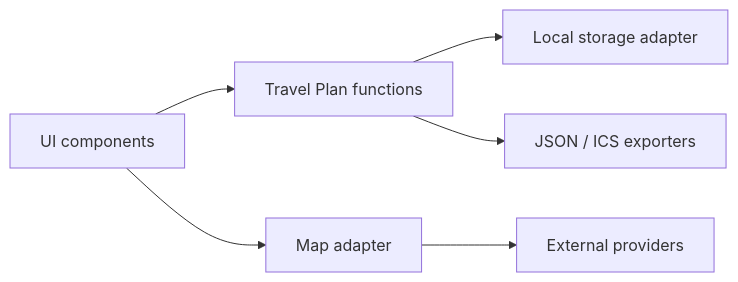
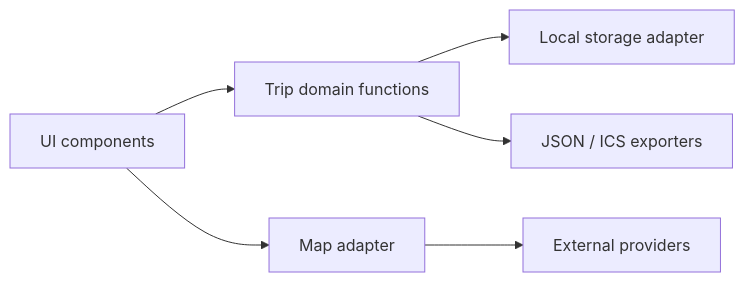
Before and after one commit to ContextualWisdomLab/j-planner: the second of 3 diagrams in docs/ARCHITECTURE.md, drawn with Mermaid. The commit also changed other lines of this file and 8 other files, not shown here.

````diff
--- a/docs/ARCHITECTURE.md
+++ b/docs/ARCHITECTURE.md
@@ -26,8 +28,8 @@
 ```mermaid
 flowchart LR
-    UI[UI components] --> Domain[Travel Plan functions]
+    UI[UI components] --> Domain[Trip domain functions]
     Domain --> Storage[Local storage adapter]
     Domain --> Export[JSON / ICS exporters]
     UI --> Maps[Map adapter]
     Maps --> Network[External providers]
 ```
````
